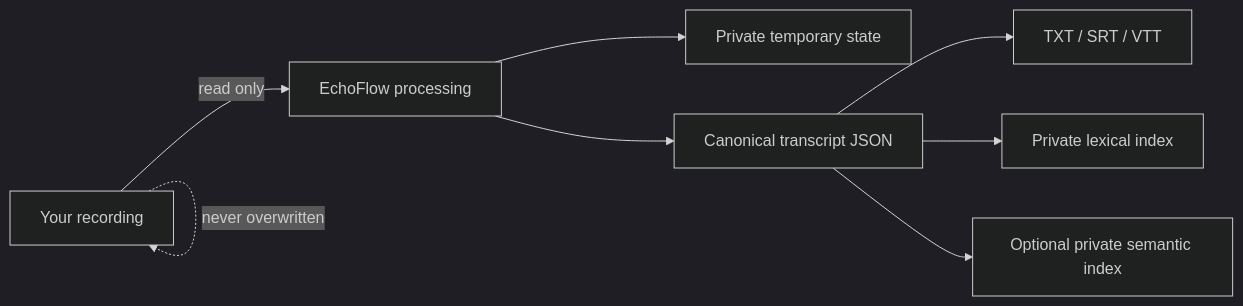
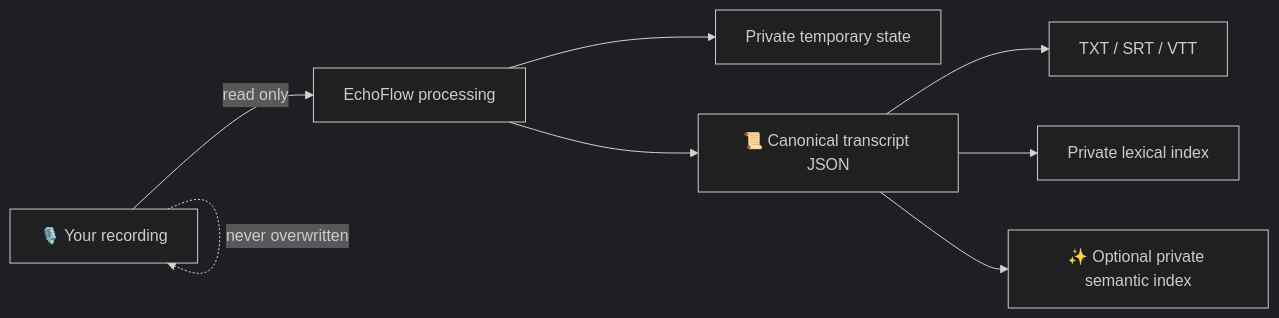
Before and after one commit to SSD1805/EchoFlow: the first of 3 diagrams in docs/getting-started.md, drawn with Mermaid (dark theme). The commit also changed other lines of this file, not shown here.

Commit message:
docs: explain semantic search in user language

````diff
--- a/docs/getting-started.md
+++ b/docs/getting-started.md
@@ -91,10 +91,10 @@
 ```mermaid
 flowchart LR
-    A[Your recording] -->|read only| B[EchoFlow processing]
+    A[🎙️ Your recording] -->|read only| B[EchoFlow processing]
     B --> C[Private temporary state]
-    B --> D[Canonical transcript JSON]
+    B --> D[📜 Canonical transcript JSON]
     D --> E[TXT / SRT / VTT]
     D --> F[Private lexical index]
-    D --> G[Optional private semantic index]
+    D --> G[✨ Optional private semantic index]
     A -. never overwritten .-> A
 ```
````
